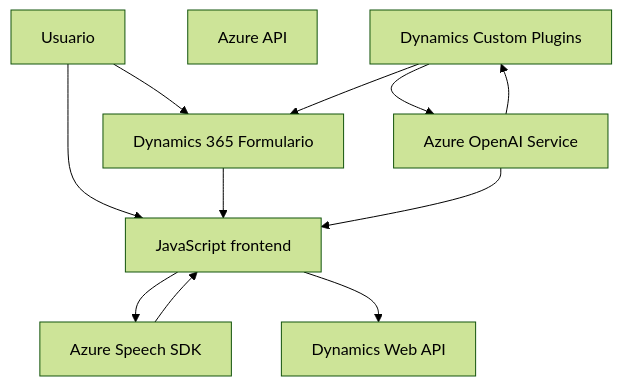
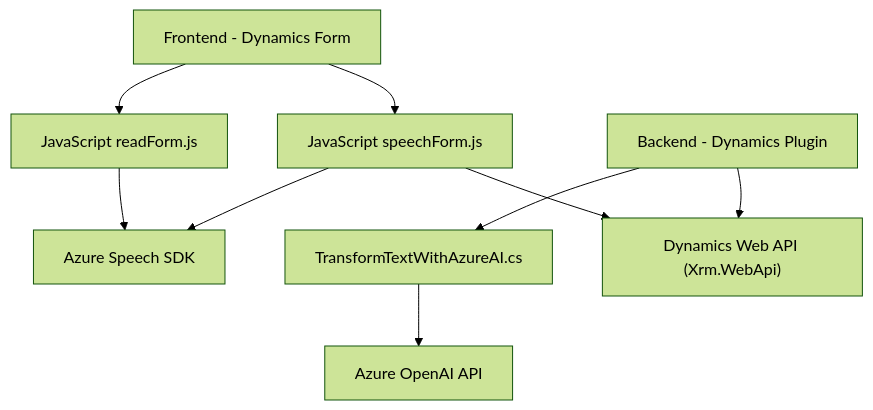
The diagram in README.md (blopezdm/NETCORE_BILBAO2025), drawn with Mermaid (forest theme) before and after one commit. The commit also changed other lines of this file, not shown here.

````diff
--- a/README.md
+++ b/README.md
@@ -58,22 +39,20 @@
 ```mermaid
 graph TD
-  A["Usuario"]
-  B["Dynamics 365 Formulario"]
-  C["JavaScript frontend"]
-  D["Azure Speech SDK"]
-  E["Azure API"]
-  F["Dynamics Custom Plugins"]
-  G["Azure OpenAI Service"]
-  H["Dynamics Web API"]
+    A["Frontend - Dynamics Form"]
+    B["JavaScript readForm.js"]
+    C["JavaScript speechForm.js"]
+    D["Azure Speech SDK"]
+    E["Backend - Dynamics Plugin"]
+    F["TransformTextWithAzureAI.cs"]
+    G["Azure OpenAI API"]
+    H["Dynamics Web API (Xrm.WebApi)"]
 
-  A --> B
-  A --> C
-  B --> C
-  C --> D
-  C --> H
-  D --> C
-  F --> G
-  F --> B
-  G --> F
-  G --> C  
+    A --> B
+    A --> C
+    C --> D
+    B --> D
+    E --> F
+    F --> G
+    C --> H
+    E --> H
 ```
````
